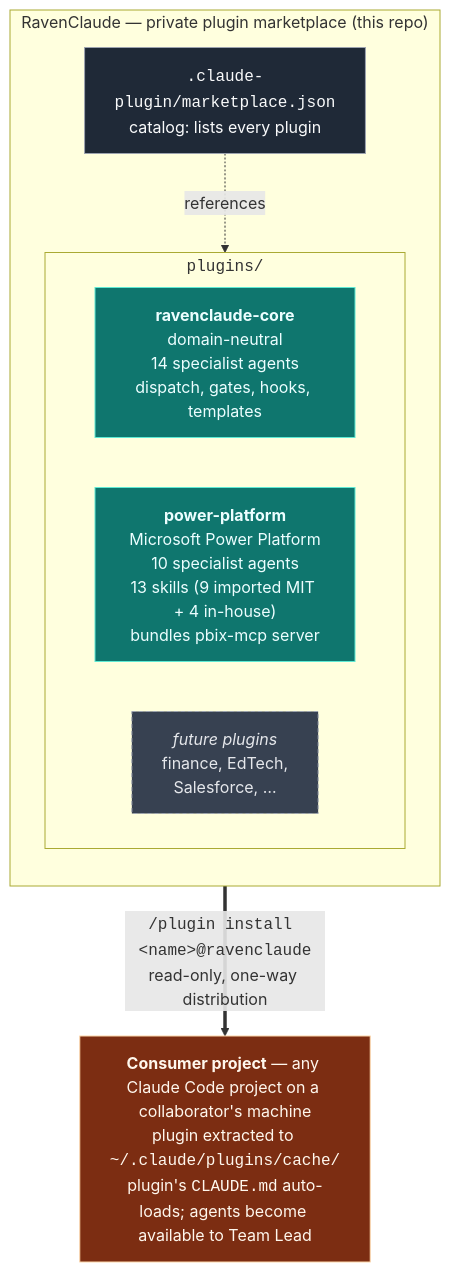
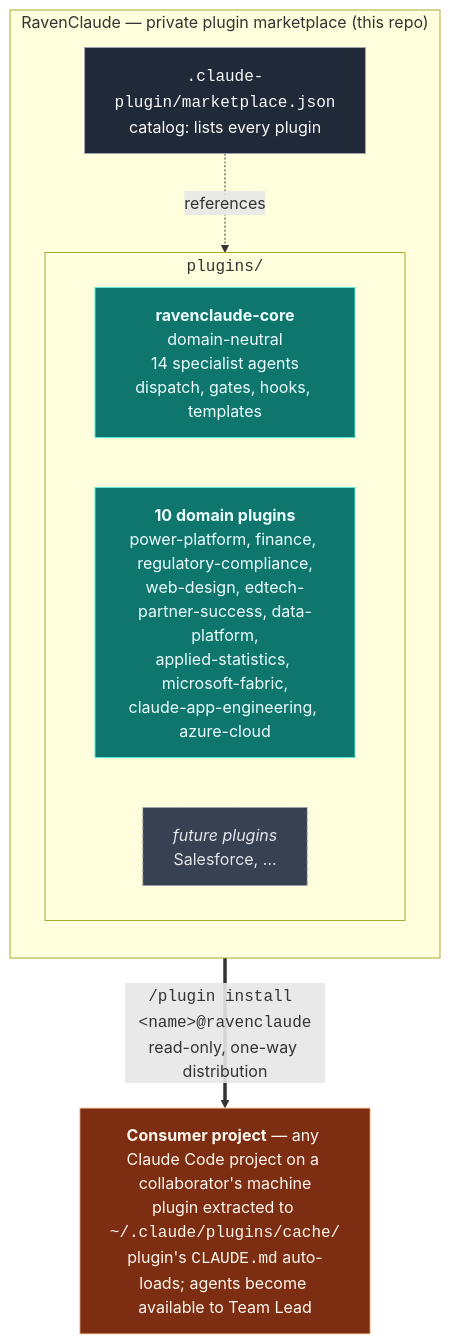
The diagram in docs/architecture.md (mcorbett51090/RavenClaude), drawn with Mermaid before and after one commit. The commit also changed other lines of this file and 26 other files, not shown here.

````diff
--- a/docs/architecture.md
+++ b/docs/architecture.md
@@ -11,27 +11,27 @@
 ```mermaid
 flowchart TB
     subgraph marketplace["RavenClaude — private plugin marketplace (this repo)"]
         direction TB
         catalog["<code>.claude-plugin/marketplace.json</code><br/>catalog: lists every plugin"]
         subgraph plugindir["<code>plugins/</code>"]
             direction LR
             core["<b>ravenclaude-core</b><br/>domain-neutral<br/>14 specialist agents<br/>dispatch, gates, hooks, templates"]
-            pp["<b>power-platform</b><br/>Microsoft Power Platform<br/>10 specialist agents<br/>13 skills (9 imported MIT + 4 in-house)<br/>bundles pbix-mcp server"]
-            future["<i>future plugins</i><br/>finance, EdTech,<br/>Salesforce, …"]
+            domains["<b>10 domain plugins</b><br/>power-platform, finance, regulatory-compliance,<br/>web-design, edtech-partner-success, data-platform,<br/>applied-statistics, microsoft-fabric,<br/>claude-app-engineering, azure-cloud"]
+            future["<i>future plugins</i><br/>Salesforce, …"]
         end
         catalog -.->|references| plugindir
     end
 
     consumer["<b>Consumer project</b> — any Claude Code project on a collaborator's machine<br/>plugin extracted to <code>~/.claude/plugins/cache/</code><br/>plugin's <code>CLAUDE.md</code> auto-loads; agents become available to Team Lead"]
 
     marketplace ==>|"<code>/plugin install &lt;name&gt;@ravenclaude</code><br/>read-only, one-way distribution"| consumer
 
     classDef hub fill:#1f2937,stroke:#9ca3af,color:#f9fafb
     classDef plugin fill:#0f766e,stroke:#5eead4,color:#ecfeff
     classDef future fill:#374151,stroke:#9ca3af,color:#e5e7eb,stroke-dasharray: 4 3
     classDef consumer fill:#7c2d12,stroke:#fed7aa,color:#fff7ed
     class catalog hub
-    class core,pp plugin
+    class core,domains plugin
     class future future
     class consumer consumer
 ```
````
